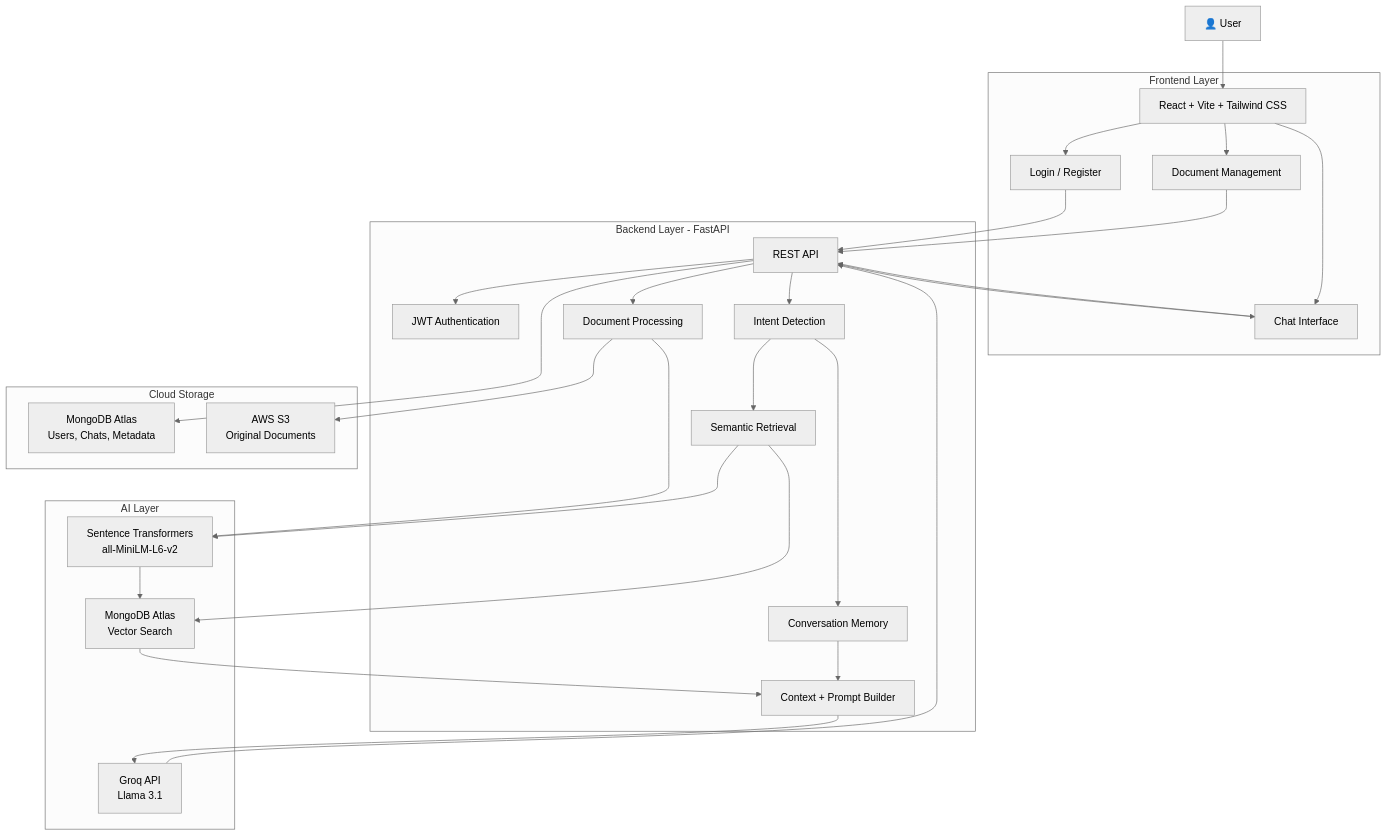
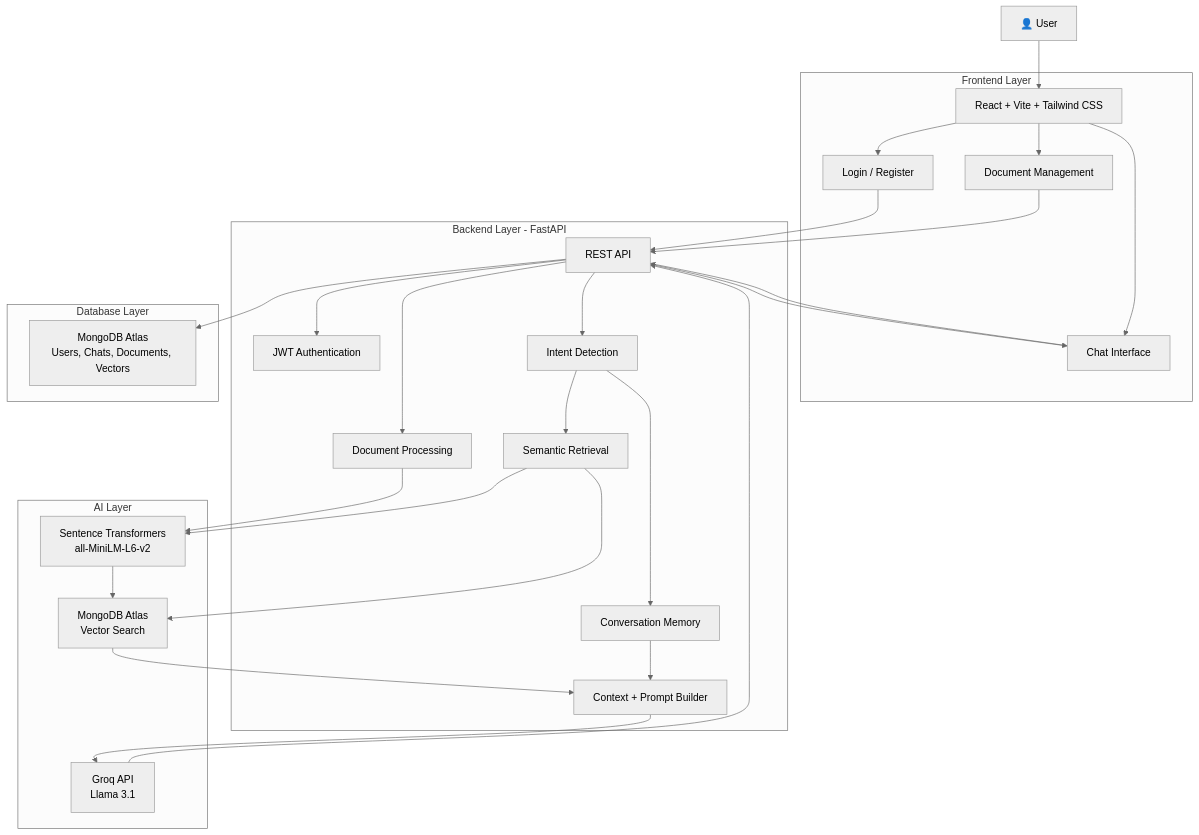
The first of 3 diagrams in README.md (sandeep8764/RAG-AI-Assistant), drawn with Mermaid (neutral theme) before and after one commit. The commit also changed other lines of this file, not shown here.

````diff
--- a/README.md
+++ b/README.md
@@ -29,61 +28,59 @@
 ```mermaid
 flowchart TB
     U["👤 User"]
 
     subgraph FRONTEND["Frontend Layer"]
         UI["React + Vite + Tailwind CSS"]
         AUTH_UI["Login / Register"]
         CHAT["Chat Interface"]
         FILES["Document Management"]
     end
 
     subgraph BACKEND["Backend Layer - FastAPI"]
         API["REST API"]
         JWT["JWT Authentication"]
         INTENT["Intent Detection"]
         MEMORY["Conversation Memory"]
         PROCESS["Document Processing"]
         RETRIEVAL["Semantic Retrieval"]
         PROMPT["Context + Prompt Builder"]
     end
 
     subgraph AI["AI Layer"]
         EMB["Sentence Transformers<br/>all-MiniLM-L6-v2"]
         VECTOR["MongoDB Atlas<br/>Vector Search"]
         LLM["Groq API<br/>Llama 3.1"]
     end
 
-    subgraph STORAGE["Cloud Storage"]
-        MONGO["MongoDB Atlas<br/>Users, Chats, Metadata"]
-        S3["AWS S3<br/>Original Documents"]
+    subgraph STORAGE["Database Layer"]
+        MONGO["MongoDB Atlas<br/>Users, Chats, Documents, Vectors"]
     end
 
     U --> UI
     UI --> AUTH_UI
     UI --> CHAT
     UI --> FILES
 
     AUTH_UI --> API
     CHAT --> API
     FILES --> API
 
     API --> JWT
     API --> INTENT
     API --> PROCESS
 
     PROCESS --> EMB
     EMB --> VECTOR
-    PROCESS --> S3
     API --> MONGO
 
     INTENT --> MEMORY
     INTENT --> RETRIEVAL
     RETRIEVAL --> EMB
     RETRIEVAL --> VECTOR
     VECTOR --> PROMPT
     MEMORY --> PROMPT
     PROMPT --> LLM
 
     LLM --> API
     API --> CHAT
 ```
````
